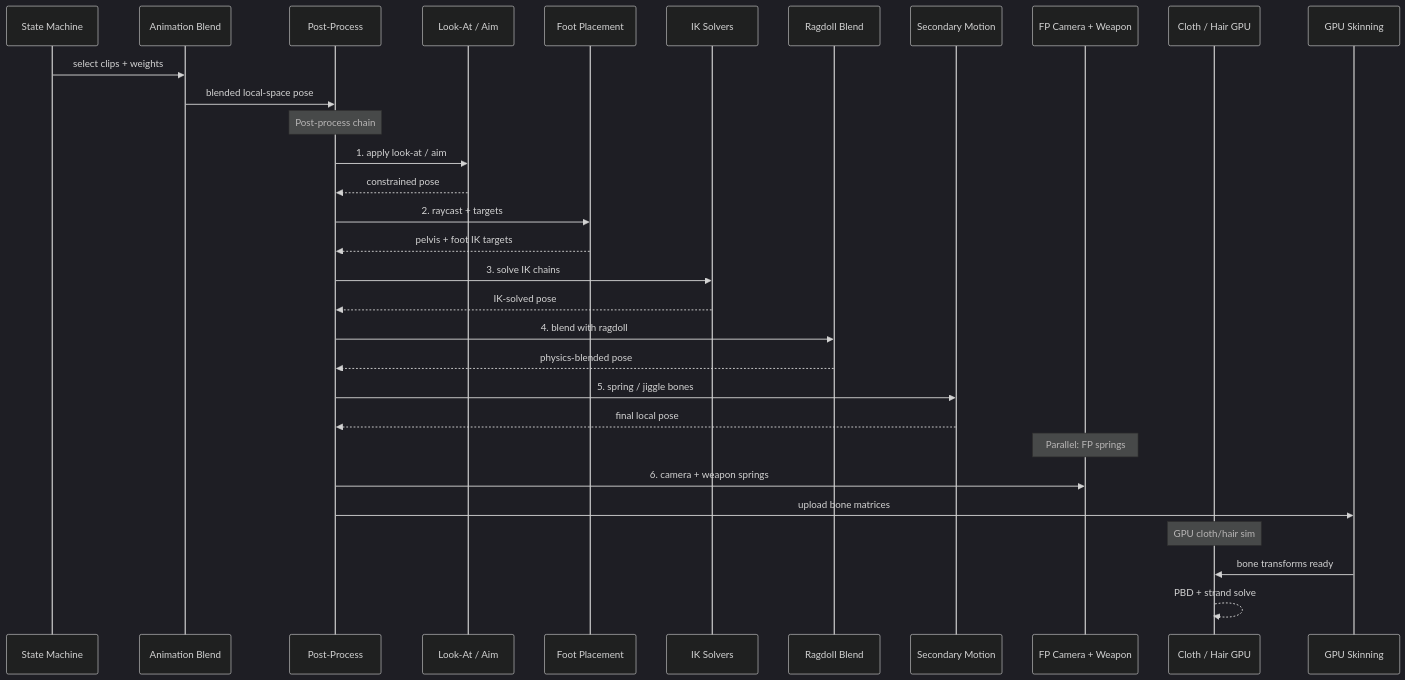
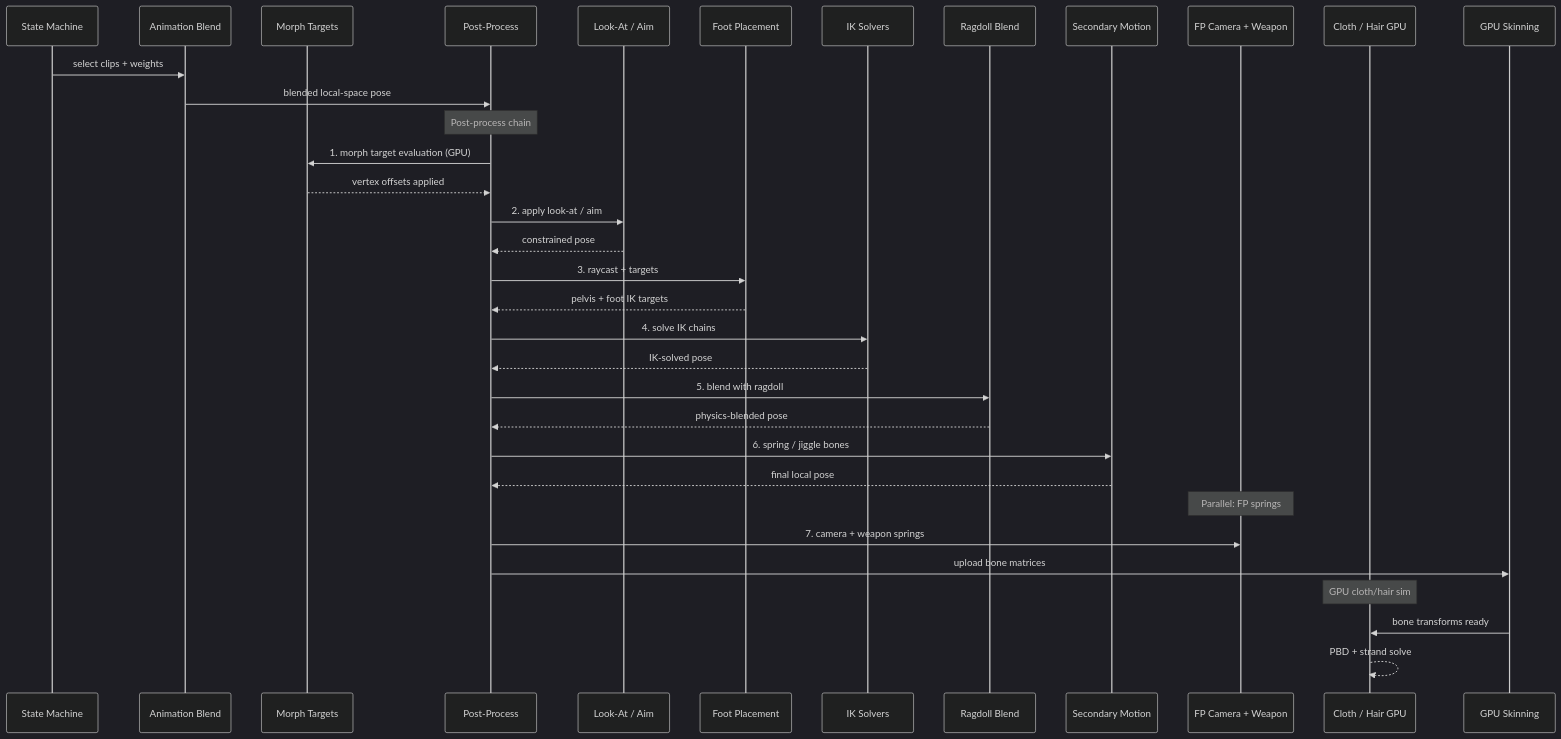
Before and after one commit to harmonius-dev/harmonius: the second of 12 diagrams in docs/design/animation/procedural.md, drawn with Mermaid (dark theme). The commit also changed other lines of this file and 174 other files, not shown here.

````diff
--- a/docs/design/animation/procedural.md
+++ b/docs/design/animation/procedural.md
@@ -280,38 +282,41 @@
 ```mermaid
 sequenceDiagram
     participant STM as State Machine
     participant BL as Animation Blend
+    participant MT as Morph Targets
     participant PP as Post-Process
     participant LA as Look-At / Aim
     participant FP as Foot Placement
     participant IK as IK Solvers
     participant RD as Ragdoll Blend
     participant SEC as Secondary Motion
     participant FPS as FP Camera + Weapon
     participant CLH as Cloth / Hair GPU
     participant SK as GPU Skinning
 
     STM->>BL: select clips + weights
     BL->>PP: blended local-space pose
 
     Note over PP: Post-process chain
-    PP->>LA: 1. apply look-at / aim
+    PP->>MT: 1. morph target evaluation (GPU)
+    MT-->>PP: vertex offsets applied
+    PP->>LA: 2. apply look-at / aim
     LA-->>PP: constrained pose
-    PP->>FP: 2. raycast + targets
+    PP->>FP: 3. raycast + targets
     FP-->>PP: pelvis + foot IK targets
-    PP->>IK: 3. solve IK chains
+    PP->>IK: 4. solve IK chains
     IK-->>PP: IK-solved pose
-    PP->>RD: 4. blend with ragdoll
+    PP->>RD: 5. blend with ragdoll
     RD-->>PP: physics-blended pose
-    PP->>SEC: 5. spring / jiggle bones
+    PP->>SEC: 6. spring / jiggle bones
     SEC-->>PP: final local pose
 
     Note over FPS: Parallel: FP springs
-    PP->>FPS: 6. camera + weapon springs
+    PP->>FPS: 7. camera + weapon springs
 
     PP->>SK: upload bone matrices
 
     Note over CLH: GPU cloth/hair sim
     SK->>CLH: bone transforms ready
     CLH-->>CLH: PBD + strand solve
 ```
````
